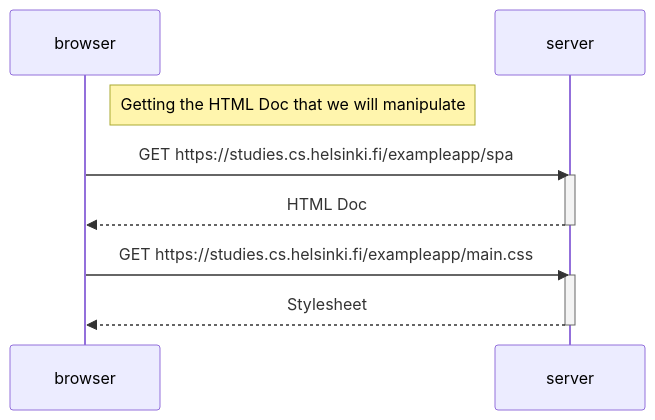
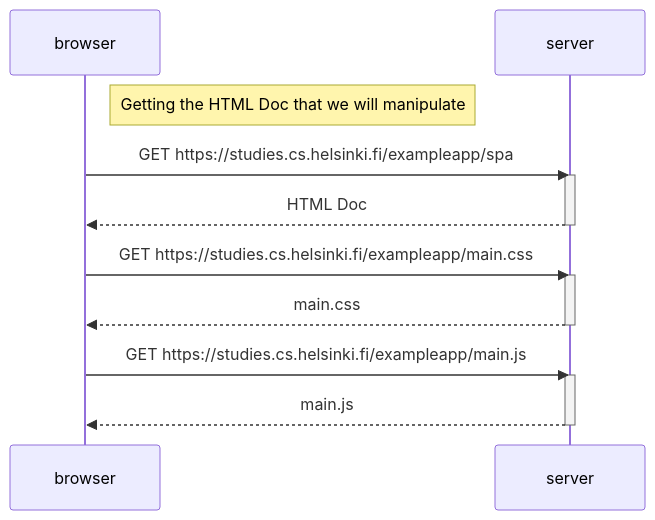
Before and after one commit to gokuman86/fullstackopen: the diagram in part0/0.5.md, drawn with Mermaid.

````diff
--- a/part0/0.5.md
+++ b/part0/0.5.md
@@ -1,17 +1,22 @@
 ```mermaid
 sequenceDiagram
 
   participant browser
   participant server
 
   Note right of browser: Getting the HTML Doc that we will manipulate
   browser->>server: GET https://studies.cs.helsinki.fi/exampleapp/spa
   activate server
   server-->>browser: HTML Doc
   deactivate server
 
   browser->>server: GET https://studies.cs.helsinki.fi/exampleapp/main.css
   activate server
-  server-->>browser: Stylesheet
+  server-->>browser: main.css
+  deactivate server
+
+  browser->>server: GET https://studies.cs.helsinki.fi/exampleapp/main.js
+  activate server
+  server-->>browser: main.js
   deactivate server
 ```
````
